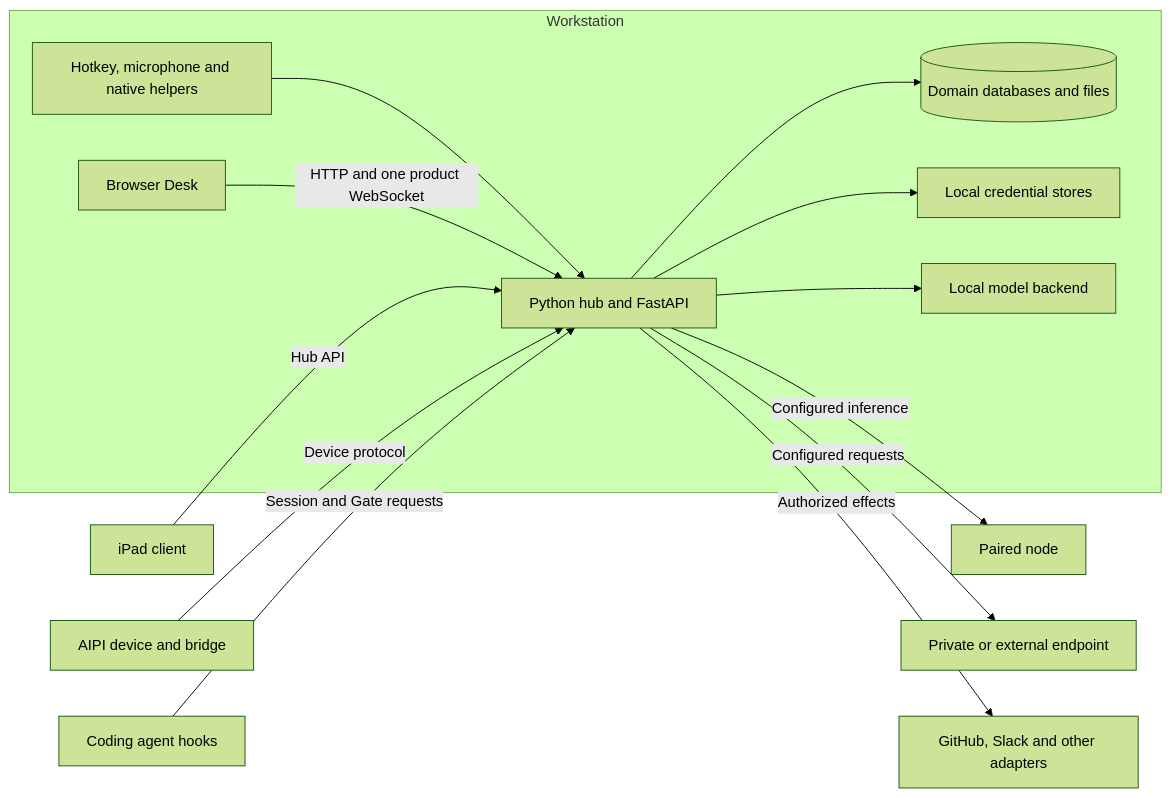
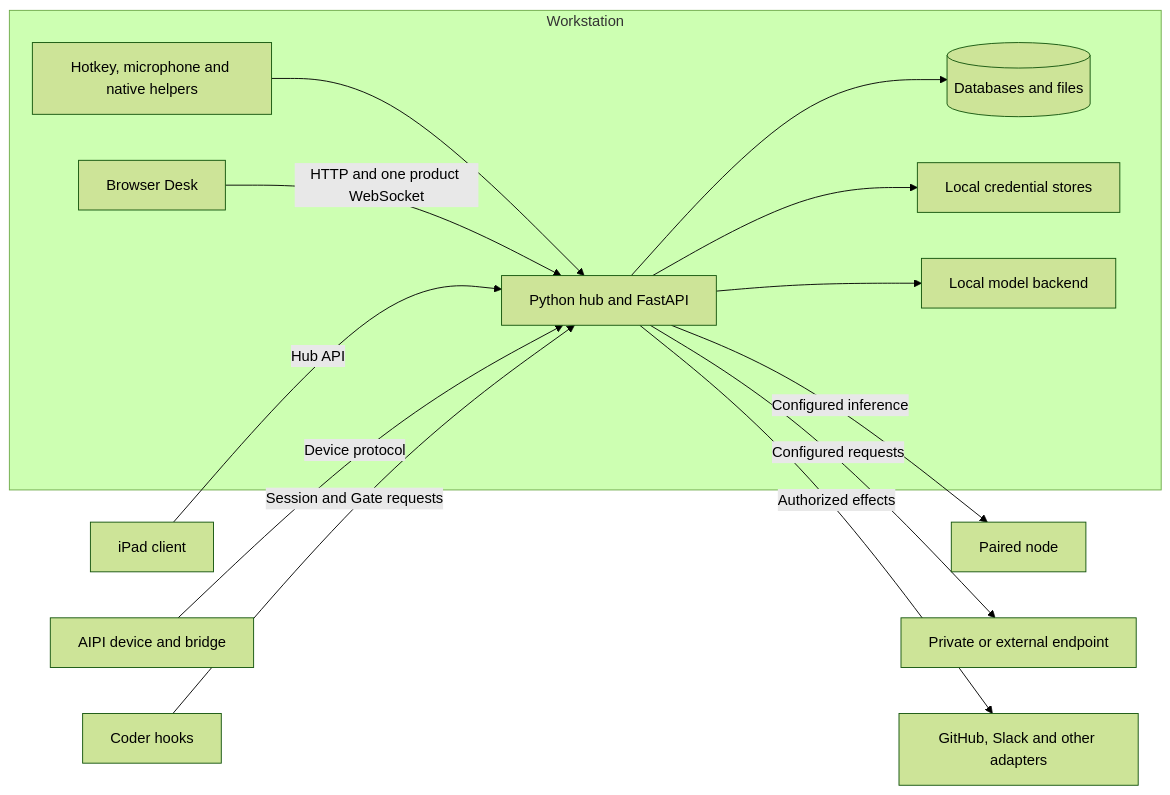
Before and after one commit to karolswdev/HoldSpeak: the first of 2 diagrams in docs/SYSTEM_INTEGRATION_MAP.md, drawn with Mermaid (forest theme). The commit also changed other lines of this file and 66 other files, not shown here.

````diff
--- a/docs/SYSTEM_INTEGRATION_MAP.md
+++ b/docs/SYSTEM_INTEGRATION_MAP.md
@@ -9,22 +10,22 @@
 ```mermaid
 flowchart LR
   subgraph Workstation
     Native[Hotkey, microphone and native helpers]
     Hub[Python hub and FastAPI]
     Browser[Browser Desk]
-    DB[(Domain databases and files)]
+    DB[(Databases and files)]
     Secret[Local credential stores]
     Local[Local model backend]
     Native --> Hub
     Browser -->|HTTP and one product WebSocket| Hub
     Hub --> DB
     Hub --> Secret
     Hub --> Local
   end
   Tablet[iPad client] -->|Hub API| Hub
   Device[AIPI device and bridge] -->|Device protocol| Hub
-  Agent[Coding agent hooks] -->|Session and Gate requests| Hub
+  Agent[Coder hooks] -->|Session and Gate requests| Hub
   Hub -->|Configured inference| Mesh[Paired node]
   Hub -->|Configured requests| Endpoint[Private or external endpoint]
   Hub -->|Authorized effects| External[GitHub, Slack and other adapters]
 ```
````
